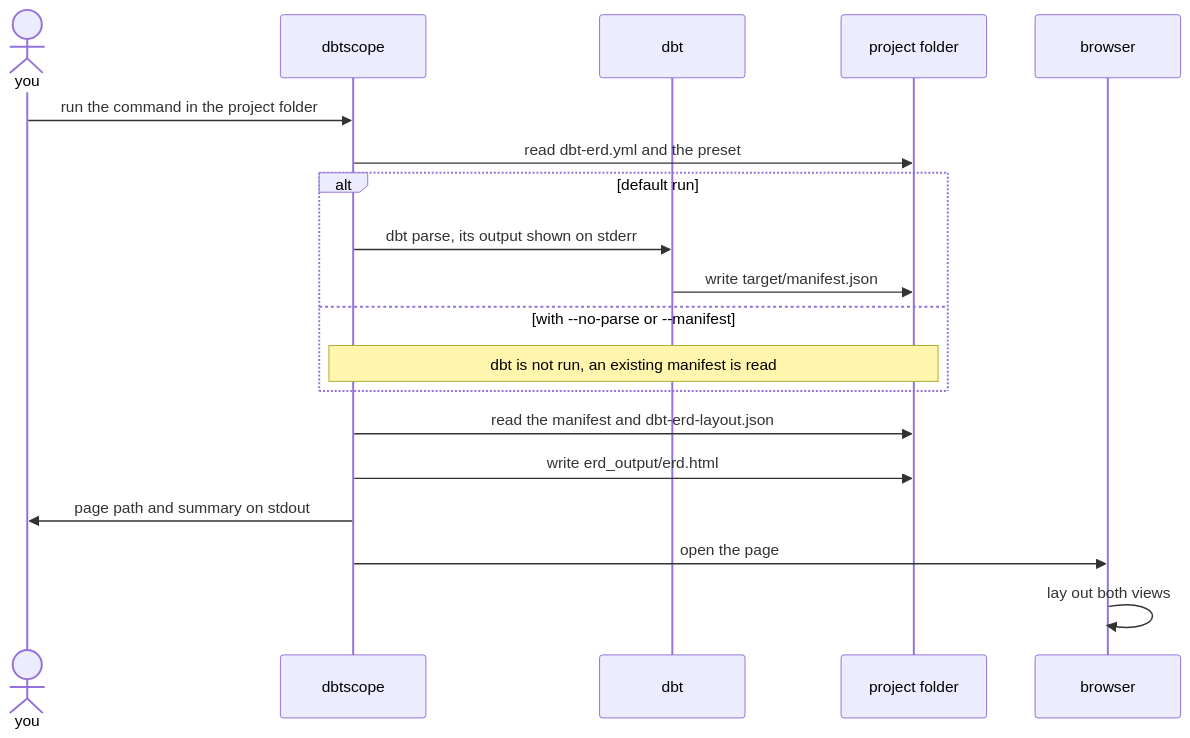
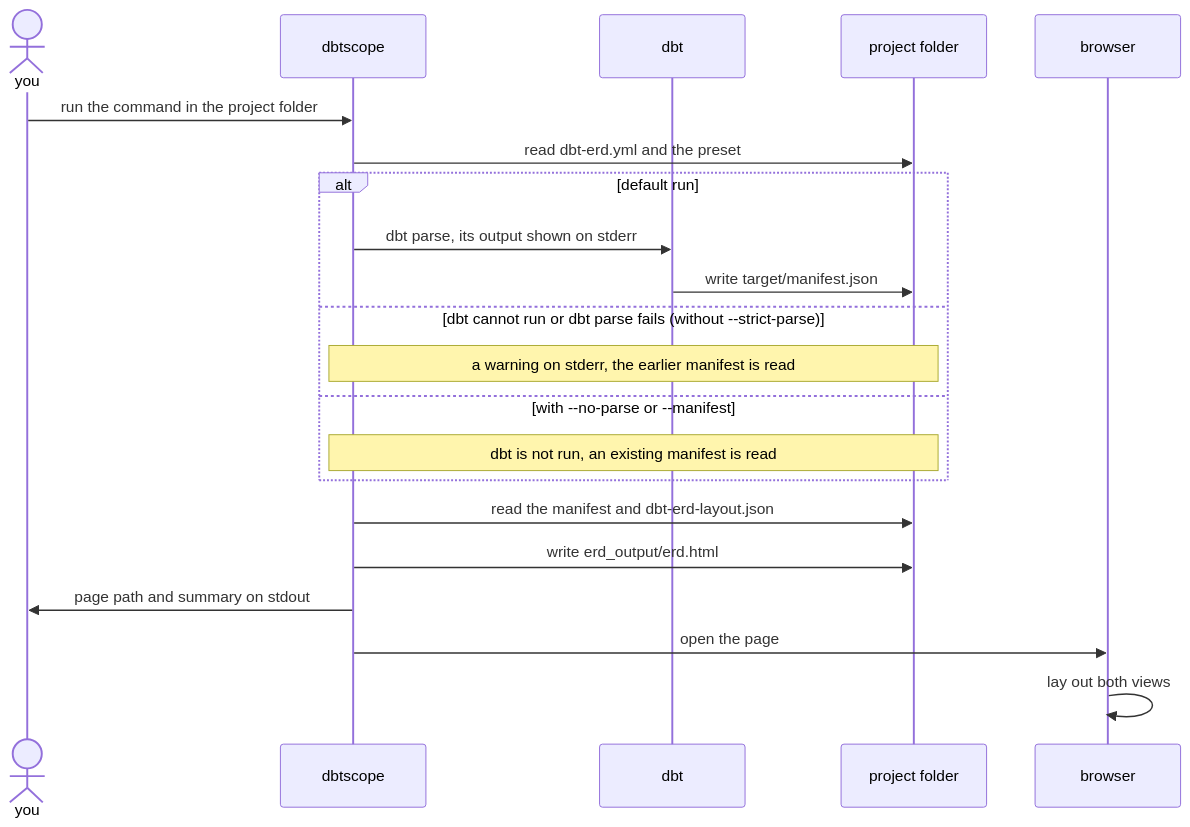
The second of 7 diagrams in docs/how-it-works.md (christophebnx/dbtscope), drawn with Mermaid before and after one commit. The commit also changed 10 other files, not shown here.

First line of the commit message:
feat(cli): fall back to the earlier manifest when dbt parse fails

````diff
--- a/docs/how-it-works.md
+++ b/docs/how-it-works.md
@@ -25,21 +25,23 @@
 ```mermaid
 sequenceDiagram
     actor U as you
     participant S as dbtscope
     participant D as dbt
     participant F as project folder
     participant B as browser
     U->>S: run the command in the project folder
     S->>F: read dbt-erd.yml and the preset
     alt default run
         S->>D: dbt parse, its output shown on stderr
         D->>F: write target/manifest.json
+    else dbt cannot run or dbt parse fails (without --strict-parse)
+        Note over S,F: a warning on stderr, the earlier manifest is read
     else with --no-parse or --manifest
         Note over S,F: dbt is not run, an existing manifest is read
     end
     S->>F: read the manifest and dbt-erd-layout.json
     S->>F: write erd_output/erd.html
     S->>U: page path and summary on stdout
     S->>B: open the page
     B->>B: lay out both views
 ```
````
